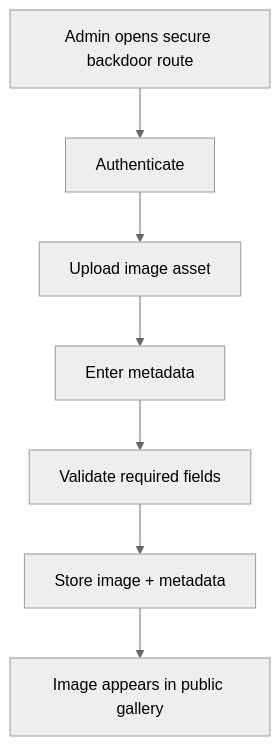
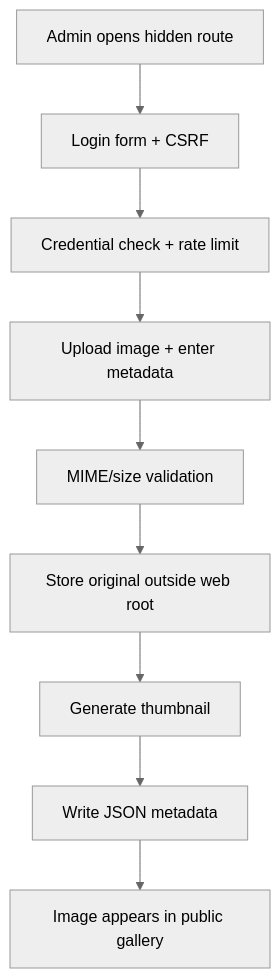
Before and after one commit to smeird/images: the second of 3 diagrams in README.md, drawn with Mermaid (neutral theme). The commit also changed other lines of this file and 19 other files, not shown here.

````diff
--- a/README.md
+++ b/README.md
@@ -74,9 +77,11 @@
 ```mermaid
 flowchart TD
-  A[Admin opens secure backdoor route] --> B[Authenticate]
-  B --> C[Upload image asset]
-  C --> D[Enter metadata]
-  D --> E[Validate required fields]
-  E --> F[Store image + metadata]
-  F --> G[Image appears in public gallery]
+  A[Admin opens hidden route] --> B[Login form + CSRF]
+  B --> C[Credential check + rate limit]
+  C --> D[Upload image + enter metadata]
+  D --> E[MIME/size validation]
+  E --> F[Store original outside web root]
+  F --> G[Generate thumbnail]
+  G --> H[Write JSON metadata]
+  H --> I[Image appears in public gallery]
 ```
````
